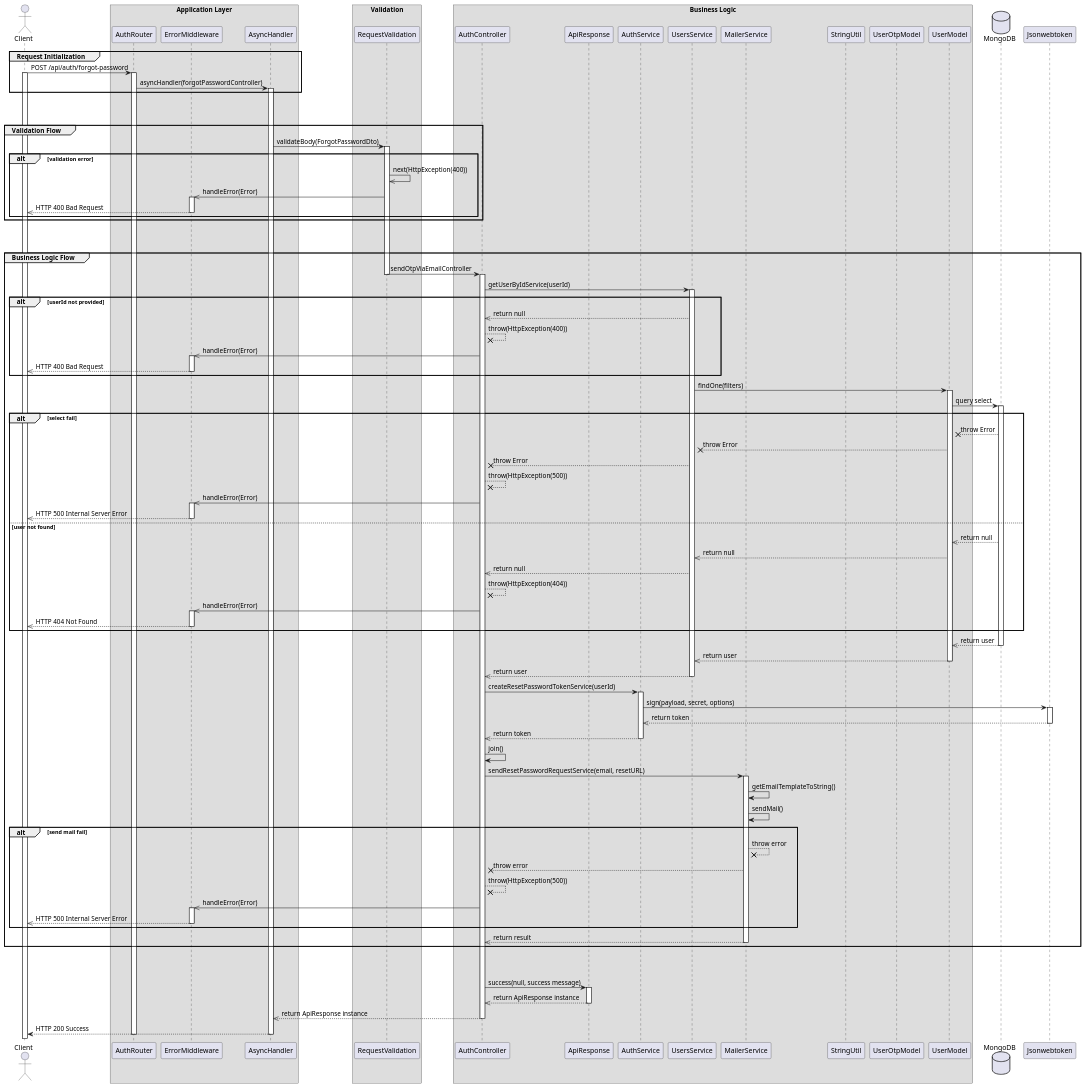
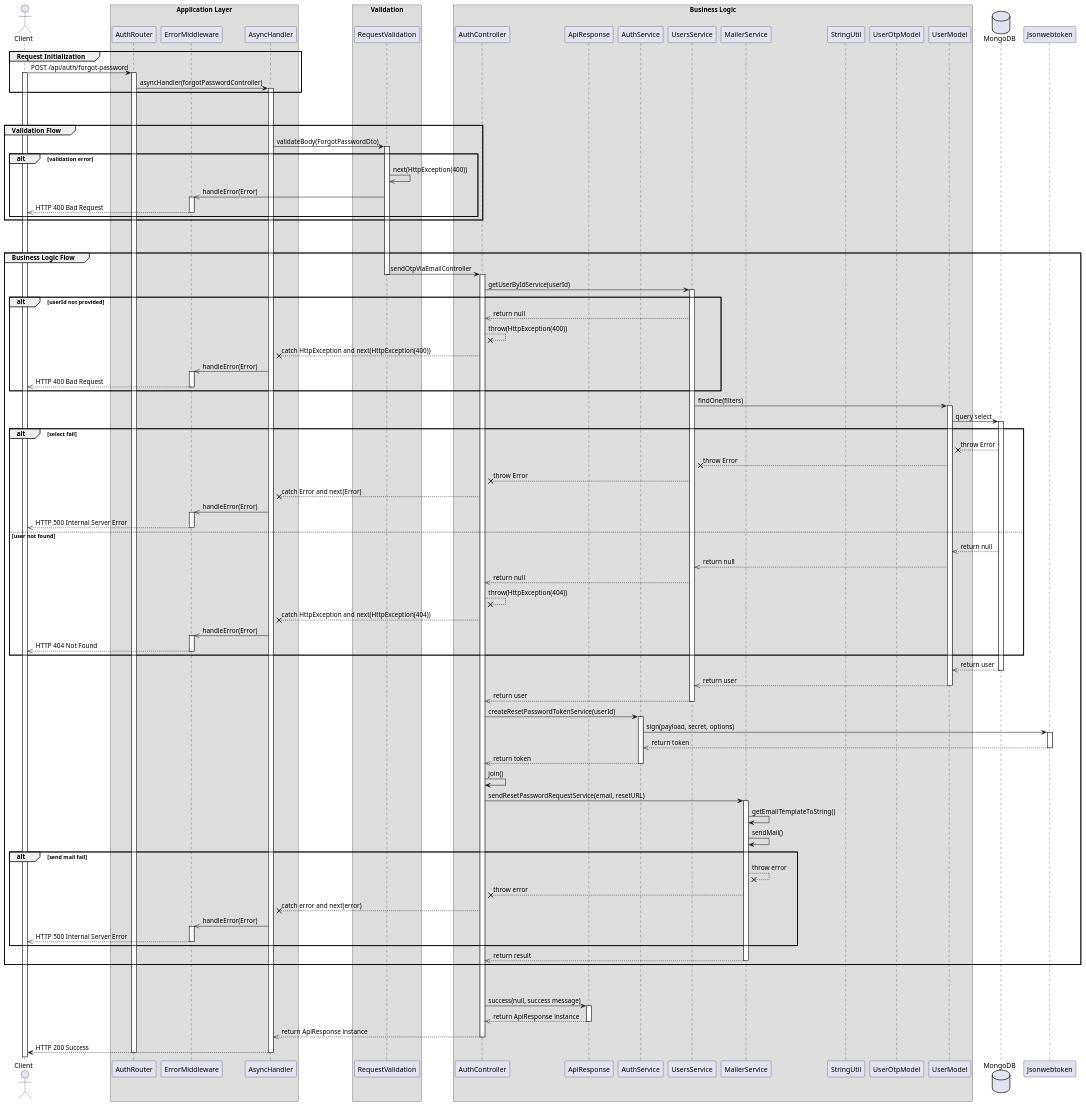
The diagram in docs/sequences/UC08-ForgotPassword.wsd/UC08-ForgotPassword.wsd (hiusnguyen201/BE_ClothingShop), drawn with PlantUML before and after one commit. The commit also changed 57 other files, not shown here.

Commit message:
#73 - thuongbsls2004 fix bug and add sequence product,cart,payment,division,... unfinish shippingaddress and order.

```diff
--- a/docs/sequences/UC08-ForgotPassword.wsd/UC08-ForgotPassword.wsd
+++ b/docs/sequences/UC08-ForgotPassword.wsd/UC08-ForgotPassword.wsd
@@ -1,151 +1,153 @@
 @startuml Forgot Password
 
 actor Client
 
 box "Application Layer"
 participant AuthRouter 
 participant ErrorMiddleware 
 participant AsyncHandler 
 end box
 
 box "Validation"
 participant RequestValidation
 end box
 
 box "Business Logic"
 participant AuthController
 participant ApiResponse
 participant AuthService
 participant UsersService
 participant MailerService
 participant StringUtil
 participant UserOtpModel
 participant UserModel
 end box
 
 database MongoDB
 
 ' Step 1
 group Request Initialization
     Client -> AuthRouter: POST /api/auth/forgot-password
     activate Client
     activate AuthRouter
     AuthRouter -> AsyncHandler: asyncHandler(forgotPasswordController)
     activate AsyncHandler
 end
 
 break
 break
 
 
 ' Step 2
 group Validation Flow
     AsyncHandler -> RequestValidation: validateBody(ForgotPasswordDto)
     activate RequestValidation
     alt validation error
         RequestValidation ->> RequestValidation: next(HttpException(400))
         RequestValidation ->> ErrorMiddleware: handleError(Error)
         activate ErrorMiddleware
         ErrorMiddleware -->> Client: HTTP 400 Bad Request
         deactivate ErrorMiddleware
     end
     
 end
 
 break
 break
 
 
 ' step 3
 group Business Logic Flow
     RequestValidation -> AuthController: sendOtpViaEmailController
     deactivate RequestValidation
     activate AuthController
     AuthController -> UsersService: getUserByIdService(userId)
     activate UsersService
 
     alt userId not provided
         UsersService -->> AuthController: return null
         AuthController --x AuthController: throw(HttpException(400))
-        AuthController ->> ErrorMiddleware: handleError(Error)
+        AuthController --x AsyncHandler: catch HttpException and next(HttpException(400))
+        AsyncHandler ->> ErrorMiddleware: handleError(Error)
         activate ErrorMiddleware
         ErrorMiddleware -->> Client: HTTP 400 Bad Request
         deactivate ErrorMiddleware
     end
 
     UsersService -> UserModel: findOne(filters)
     activate UserModel
     UserModel -> MongoDB: query select
     activate MongoDB
 
     alt select fail 
         MongoDB --x UserModel: throw Error
         UserModel --x UsersService: throw Error
         UsersService --x AuthController: throw Error
-        AuthController --x AuthController: throw(HttpException(500))
-        AuthController ->> ErrorMiddleware: handleError(Error)
+        AuthController --x AsyncHandler: catch Error and next(Error)
+        AsyncHandler ->> ErrorMiddleware: handleError(Error) 
         activate ErrorMiddleware
         ErrorMiddleware -->> Client: HTTP 500 Internal Server Error
         deactivate ErrorMiddleware
 
     else user not found
         MongoDB -->> UserModel: return null
         UserModel -->> UsersService: return null
         UsersService -->> AuthController: return null
         AuthController --x AuthController: throw(HttpException(404))
-        AuthController ->> ErrorMiddleware: handleError(Error)
+        AuthController --x AsyncHandler: catch HttpException and next(HttpException(404))
+        AsyncHandler ->> ErrorMiddleware: handleError(Error) 
         activate ErrorMiddleware
         ErrorMiddleware -->> Client: HTTP 404 Not Found
         deactivate ErrorMiddleware
     end
 
     MongoDB -->> UserModel: return user
     deactivate MongoDB
     UserModel -->> UsersService: return user
     deactivate UserModel
     UsersService -->> AuthController: return user
     deactivate UsersService
     AuthController -> AuthService: createResetPasswordTokenService(userId)
     activate AuthService
     AuthService -> Jsonwebtoken: sign(payload, secret, options)
     activate Jsonwebtoken
     Jsonwebtoken -->> AuthService: return token
     deactivate Jsonwebtoken
     AuthService -->> AuthController: return token
     deactivate AuthService
     AuthController -> AuthController: join()
     AuthController -> MailerService: sendResetPasswordRequestService(email, resetURL)
     activate MailerService
     MailerService -> MailerService: getEmailTemplateToString()
     MailerService -> MailerService: sendMail()
 
     alt send mail fail
         MailerService --x MailerService: throw error
         MailerService --x AuthController: throw error
-        AuthController --x AuthController: throw(HttpException(500))
-        AuthController ->> ErrorMiddleware: handleError(Error)
+        AuthController --x AsyncHandler: catch error and next(error)
+        AsyncHandler ->> ErrorMiddleware: handleError(Error) 
         activate ErrorMiddleware
         ErrorMiddleware -->> Client: HTTP 500 Internal Server Error
         deactivate ErrorMiddleware
     end
 
     MailerService -->> AuthController: return result
     deactivate MailerService
        
 end   
 break 
 break
 
 
 AuthController -> ApiResponse: success(null, success message)
 activate ApiResponse
 ApiResponse -->> AuthController: return ApiResponse instance
 deactivate ApiResponse 
 AuthController -->> AsyncHandler: return ApiResponse instance
 deactivate AuthController
 AsyncHandler --> Client: HTTP 200 Success
 deactivate AsyncHandler
 deactivate AuthRouter
 
 
 @enduml
```
